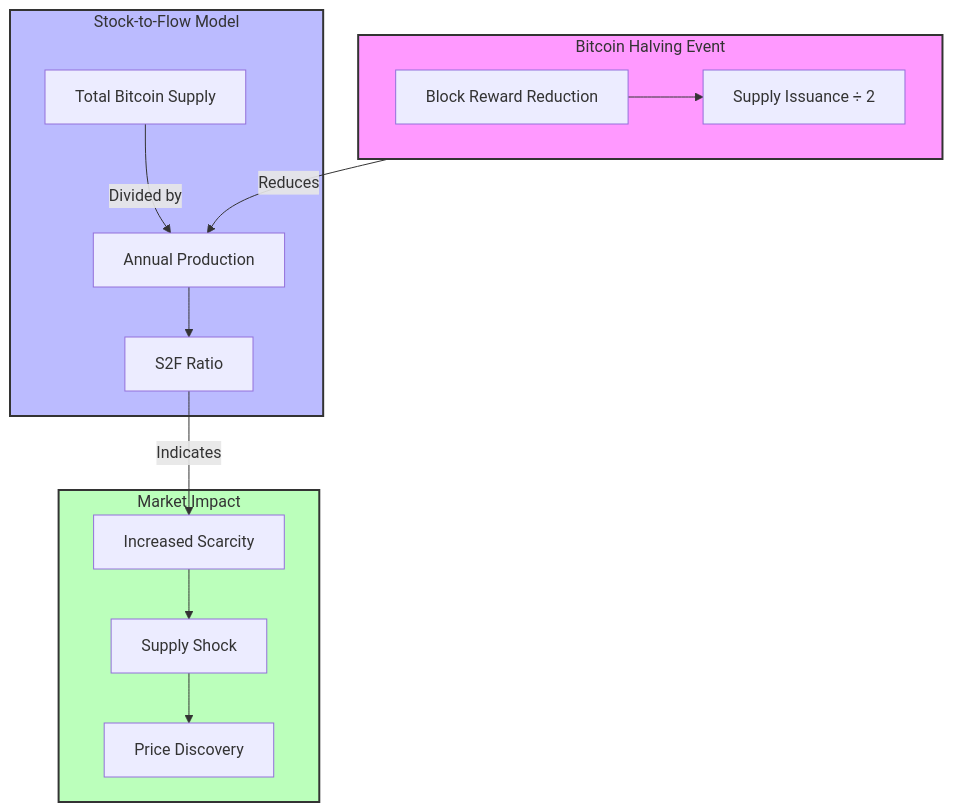
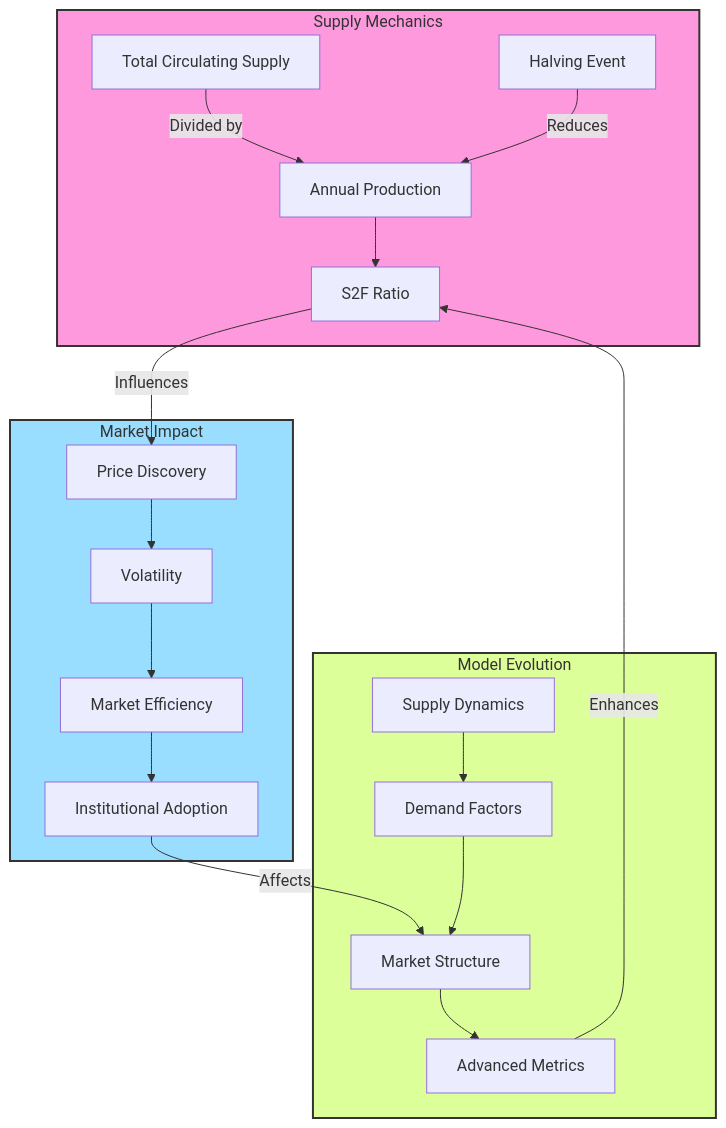
Before and after one commit to crazystorm720/algo_trading: the diagram in README.md, drawn with Mermaid. The commit also changed other lines of this file, not shown here.

````diff
--- a/README.md
+++ b/README.md
@@ -12,23 +138,28 @@
 ```mermaid
 flowchart TD
-    subgraph Halving["Bitcoin Halving Event"]
-        H1[Block Reward Reduction] --> H2[Supply Issuance ÷ 2]
+    subgraph Supply["Supply Mechanics"]
+        S1[Total Circulating Supply] --> |Divided by| S2[Annual Production]
+        S2 --> S3[S2F Ratio]
+        H[Halving Event] --> |Reduces| S2
     end
 
-    subgraph S2F["Stock-to-Flow Model"]
-        S1[Total Bitcoin Supply] --> |Divided by| S2[Annual Production]
-        S2 --> S3[S2F Ratio]
+    subgraph Market["Market Impact"]
+        M1[Price Discovery] --> M2[Volatility]
+        M2 --> M3[Market Efficiency]
+        M3 --> M4[Institutional Adoption]
     end
 
-    subgraph Impact["Market Impact"]
-        I1[Increased Scarcity] --> I2[Supply Shock]
-        I2 --> I3[Price Discovery]
+    subgraph Evolution["Model Evolution"]
+        E1[Supply Dynamics] --> E2[Demand Factors]
+        E2 --> E3[Market Structure]
+        E3 --> E4[Advanced Metrics]
     end
 
-    Halving --> |Reduces| S2
-    S3 --> |Indicates| I1
+    S3 --> |Influences| M1
+    M4 --> |Affects| E3
+    E4 --> |Enhances| S3
 
-    style Halving fill:#f9f,stroke:#333,stroke-width:2px
-    style S2F fill:#bbf,stroke:#333,stroke-width:2px
-    style Impact fill:#bfb,stroke:#333,stroke-width:2px
+    style Supply fill:#f9d,stroke:#333,stroke-width:2px
+    style Market fill:#9df,stroke:#333,stroke-width:2px
+    style Evolution fill:#df9,stroke:#333,stroke-width:2px
 ```
````
